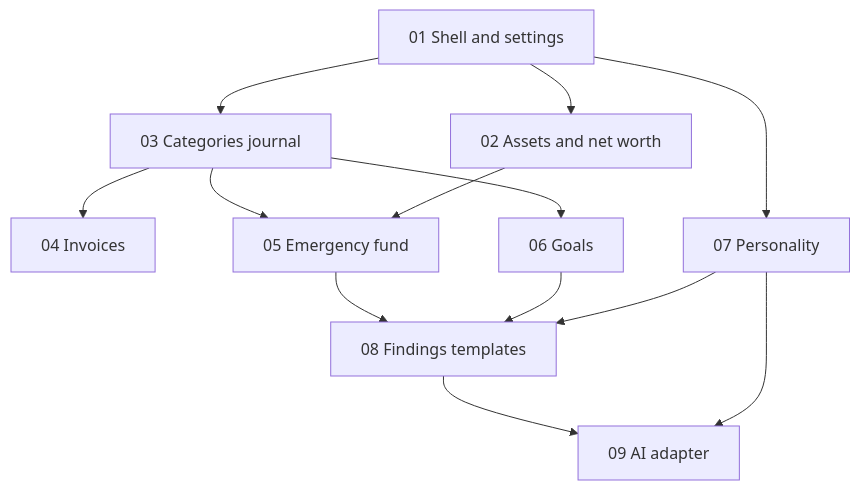
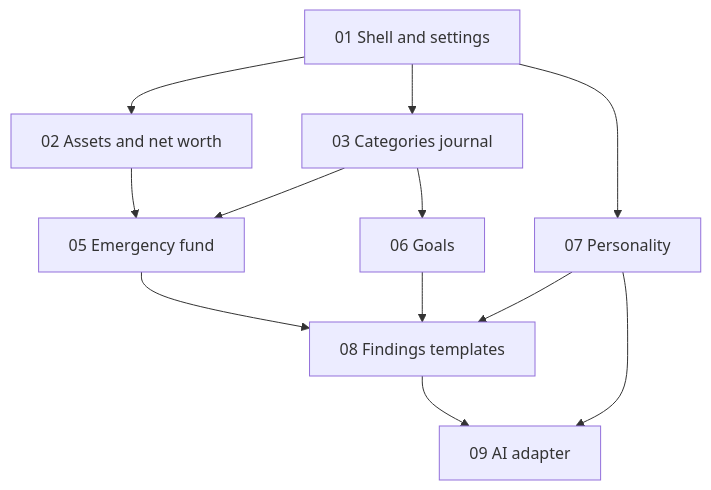
The diagram in docs/roadmap.md (luistmbraga/ledgerly), drawn with Mermaid before and after one commit. The commit also changed other lines of this file and 28 other files, not shown here.

````diff
--- a/docs/roadmap.md
+++ b/docs/roadmap.md
@@ -7,25 +7,23 @@
 ```mermaid
 flowchart TD
   s01[01 Shell and settings]
   s02[02 Assets and net worth]
   s03[03 Categories journal]
-  s04[04 Invoices]
   s05[05 Emergency fund]
   s06[06 Goals]
   s07[07 Personality]
   s08[08 Findings templates]
   s09[09 AI adapter]
 
   s01 --> s02
   s01 --> s03
-  s03 --> s04
   s03 --> s05
   s02 --> s05
   s03 --> s06
   s01 --> s07
   s05 --> s08
   s06 --> s08
   s07 --> s08
   s08 --> s09
   s07 --> s09
 ```
````
